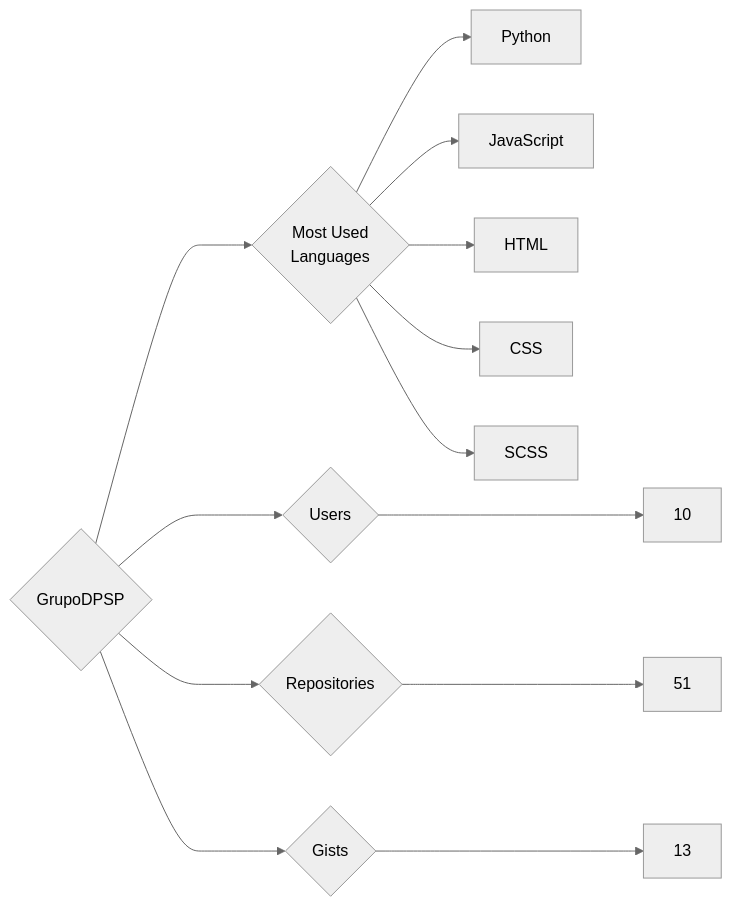
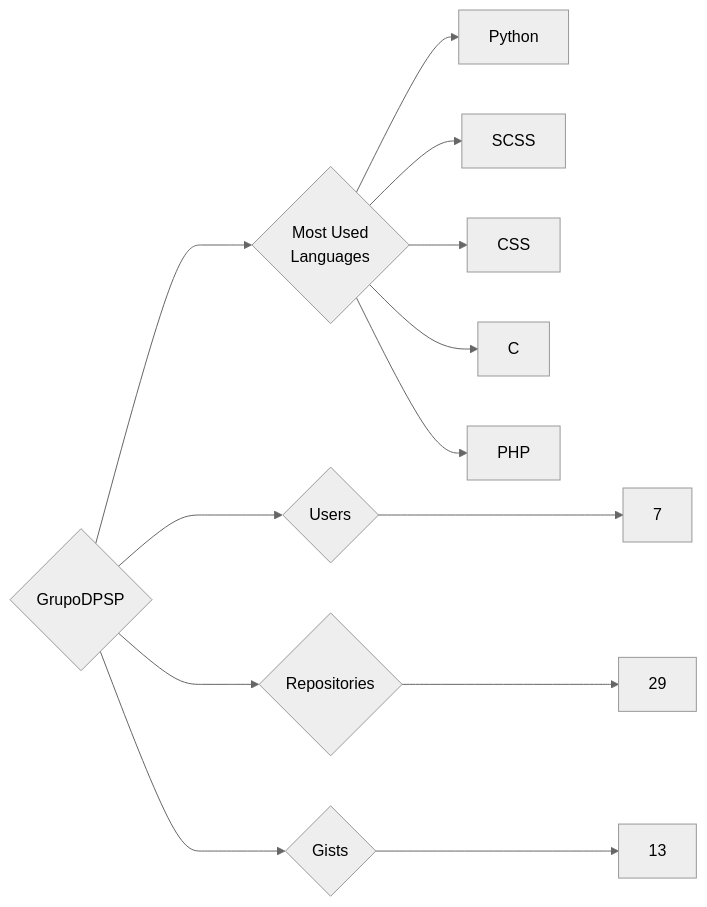
Before and after one commit to trickest/insiders: the diagram in targets/GrupoDPSP/README.md, drawn with Mermaid (neutral theme). The commit also changed 1020 other files, not shown here.

````diff
--- a/targets/GrupoDPSP/README.md
+++ b/targets/GrupoDPSP/README.md
@@ -3,13 +3,13 @@
 ```mermaid
 graph LR
 COMPANY_NAME{GrupoDPSP}
-COMPANY_NAME ---> U{Users} ---> UN[10]
-COMPANY_NAME ---> R{Repositories} ---> RN[51]
+COMPANY_NAME ---> U{Users} ---> UN[7]
+COMPANY_NAME ---> R{Repositories} ---> RN[29]
 COMPANY_NAME ---> G{Gists} ---> GN[13]
 COMPANY_NAME ---> ML{Most Used<br>Languages}
 ML --> Python[Python]
-ML --> JavaScript[JavaScript]
-ML --> HTML[HTML]
+ML --> SCSS[SCSS]
 ML --> CSS[CSS]
-ML --> SCSS[SCSS]
+ML --> C[C]
+ML --> PHP[PHP]
 ```
````
